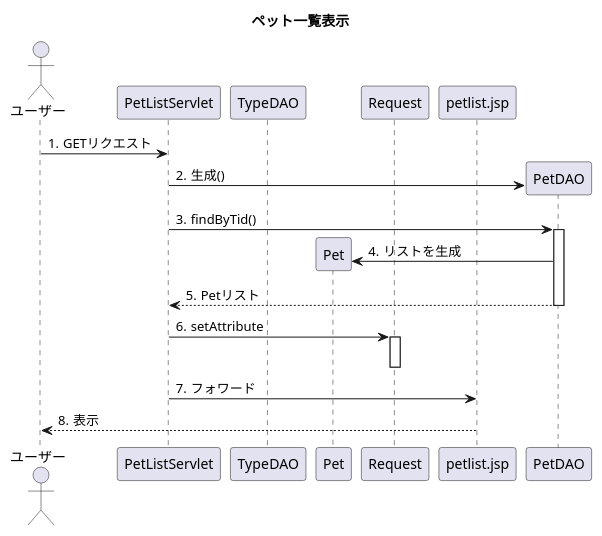
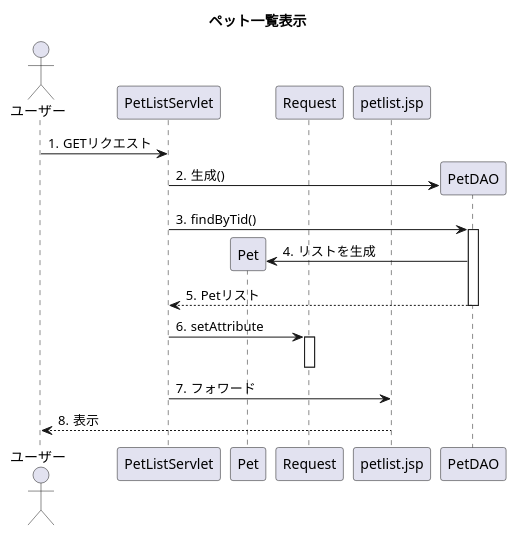
The diagram in detail.uml/seq_petList.pu (Tyamanaka07/WebSystem), drawn with PlantUML before and after one commit.

```diff
--- a/detail.uml/seq_petList.pu
+++ b/detail.uml/seq_petList.pu
@@ -1,21 +1,20 @@
 @startuml
 title ペット一覧表示
 actor ユーザー
 participant PetListServlet
-participant TypeDAO
 participant Pet
 participant Request
 participant petlist.jsp
 autonumber "#."
 
 ユーザー->PetListServlet:GETリクエスト
 PetListServlet->PetDAO**:生成()
 PetListServlet->PetDAO++:findByTid()
 PetDAO->Pet**:リストを生成
 PetDAO-->PetListServlet--:Petリスト
 PetListServlet->Request++:setAttribute
 Request--
 PetListServlet->petlist.jsp:フォワード
 petlist.jsp-->ユーザー:表示
 
 @enduml
```
